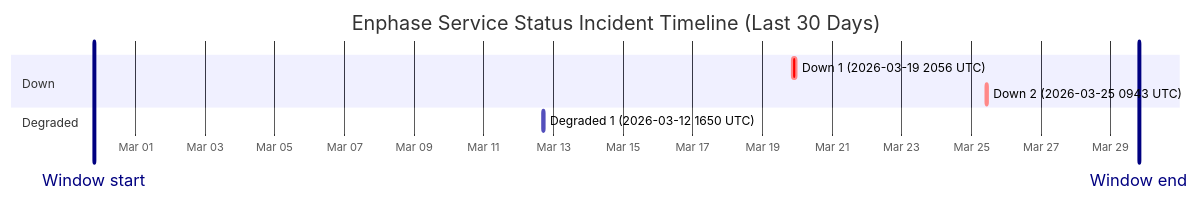
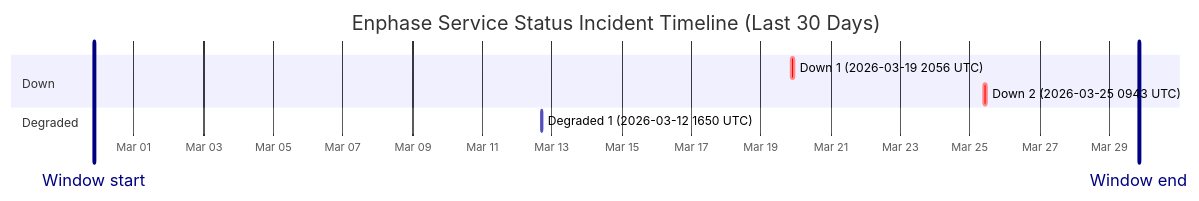
One commit to barneyonline/ha-enphase-ev-charger changed the diagram in wiki/Service-Status-History.md. Above: the diagram before and after it, drawn with Mermaid. The commit also changed other lines of this file and 3 other files, not shown here.

````diff
--- a/wiki/Service-Status-History.md
+++ b/wiki/Service-Status-History.md
@@ -14,13 +14,13 @@
 ```mermaid
 gantt
     title Enphase Service Status Incident Timeline (Last 30 Days)
     dateFormat  YYYY-MM-DDTHH:mm:ss
     axisFormat  %b %d
-    Window start :vert, window-start, 2026-02-27T19:25:28, 0ms
-    Window end :vert, window-end, 2026-03-29T19:25:28, 0ms
+    Window start :vert, window-start, 2026-02-27T20:20:58, 0ms
+    Window end :vert, window-end, 2026-03-29T20:20:58, 0ms
     section Down
     Down 1 (2026-03-19 2056 UTC) :crit, down-1, 2026-03-19T20:56:20, 145m
     Down 2 (2026-03-25 0943 UTC) :crit, down-2, 2026-03-25T09:43:28, 111m
     section Degraded
     Degraded 1 (2026-03-12 1650 UTC) :active, degraded-1, 2026-03-12T16:50:43, 60m
 ```
````
